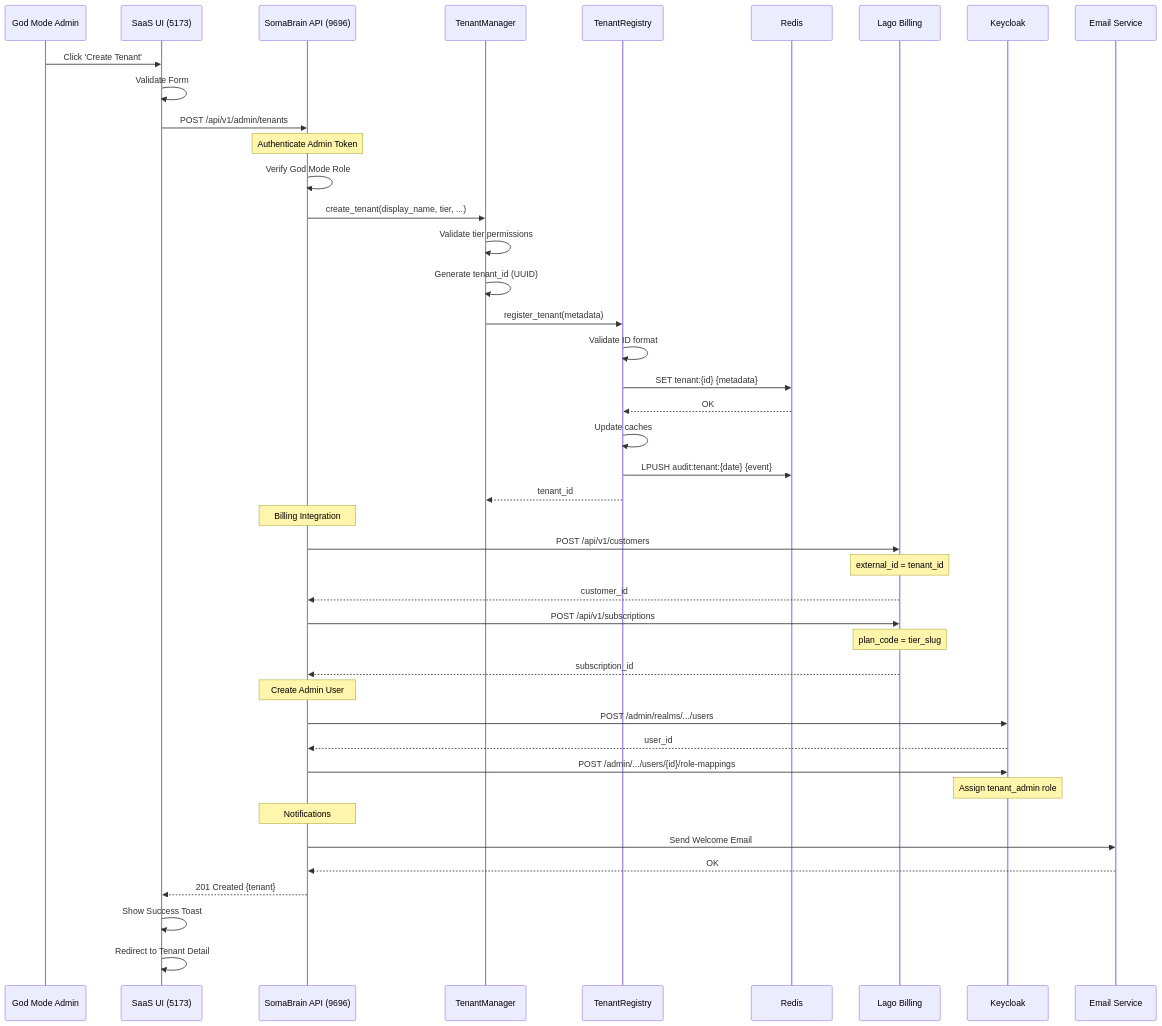
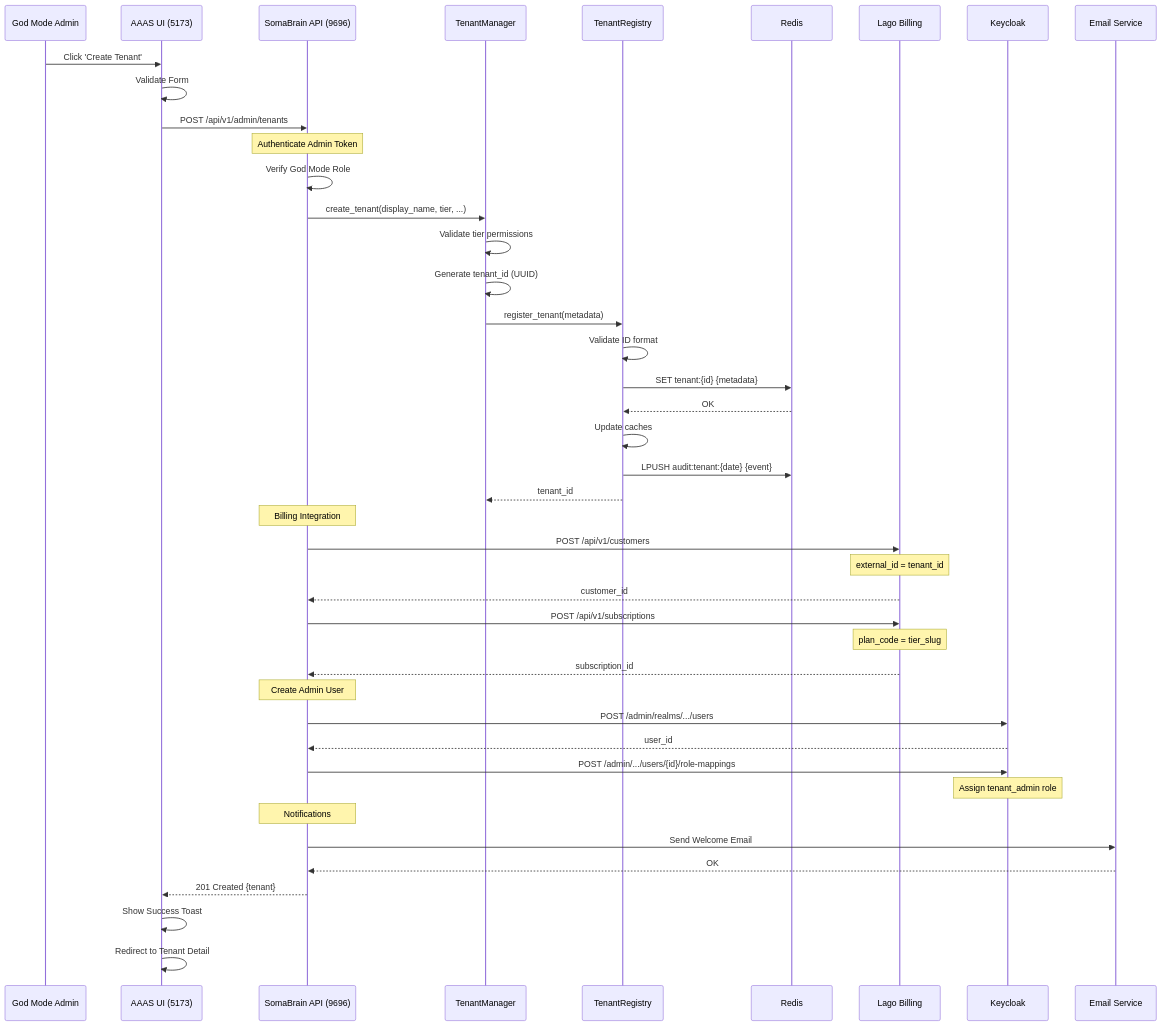
One commit to somatechlat/somabrain changed the third of 8 diagrams in docs/srs/flows/tenant-creation-flow.md. Above: the diagram before and after it, drawn with Mermaid. The commit also changed other lines of this file and 131 other files, not shown here.

````diff
--- a/docs/srs/flows/tenant-creation-flow.md
+++ b/docs/srs/flows/tenant-creation-flow.md
@@ -81,55 +81,55 @@
 ```mermaid
 sequenceDiagram
     participant Admin as God Mode Admin
-    participant UI as SaaS UI (5173)
+    participant UI as AAAS UI (5173)
     participant API as SomaBrain API (9696)
     participant TM as TenantManager
     participant TR as TenantRegistry
     participant Redis
     participant Lago as Lago Billing
     participant KC as Keycloak
     participant Email as Email Service
     
     Admin->>UI: Click 'Create Tenant'
     UI->>UI: Validate Form
     UI->>API: POST /api/v1/admin/tenants
     
     Note over API: Authenticate Admin Token
     API->>API: Verify God Mode Role
     
     API->>TM: create_tenant(display_name, tier, ...)
     TM->>TM: Validate tier permissions
     TM->>TM: Generate tenant_id (UUID)
     
     TM->>TR: register_tenant(metadata)
     TR->>TR: Validate ID format
     TR->>Redis: SET tenant:{id} {metadata}
     Redis-->>TR: OK
     TR->>TR: Update caches
     TR->>Redis: LPUSH audit:tenant:{date} {event}
     TR-->>TM: tenant_id
     
     Note over API: Billing Integration
     API->>Lago: POST /api/v1/customers
     Note over Lago: external_id = tenant_id
     Lago-->>API: customer_id
     
     API->>Lago: POST /api/v1/subscriptions
     Note over Lago: plan_code = tier_slug
     Lago-->>API: subscription_id
     
     Note over API: Create Admin User
     API->>KC: POST /admin/realms/.../users
     KC-->>API: user_id
     
     API->>KC: POST /admin/.../users/{id}/role-mappings
     Note over KC: Assign tenant_admin role
     
     Note over API: Notifications
     API->>Email: Send Welcome Email
     Email-->>API: OK
     
     API-->>UI: 201 Created {tenant}
     UI->>UI: Show Success Toast
     UI->>UI: Redirect to Tenant Detail
 ```
````
